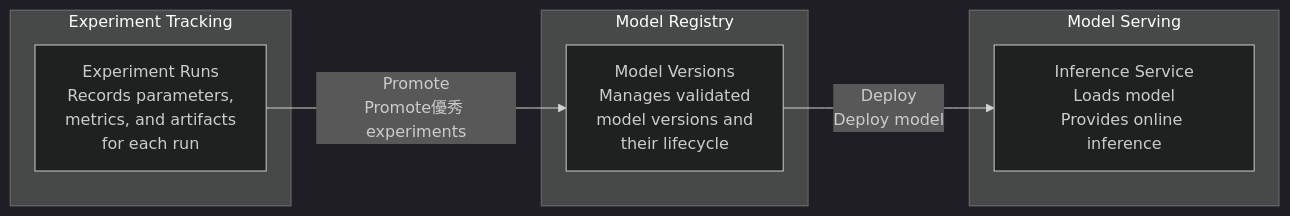
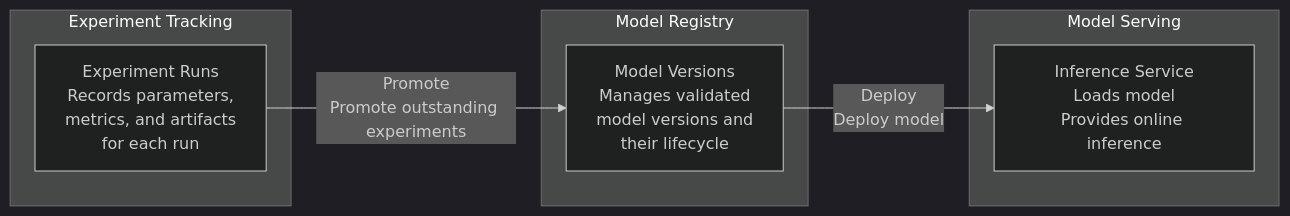
One commit to fenixsoft/dmla changed the first of 3 diagrams in docs/en/ai-infra-engineering/mlops/model-lifecycle.md. Above: the diagram before and after it, drawn with Mermaid (dark theme). The commit also changed other lines of this file and 2 other files, not shown here.

Commit message:
feat: 翻译 mlops: data-versioning, model-lifecycle, hyperparameter-optimization, model-performance-monitoring

````diff
--- a/docs/en/ai-infra-engineering/mlops/model-lifecycle.md
+++ b/docs/en/ai-infra-engineering/mlops/model-lifecycle.md
@@ -23,14 +23,14 @@
 ```mermaid compact
 graph LR
     subgraph Experiment Tracking
         A[Experiment Runs<br/>Records parameters,<br/>metrics, and artifacts<br/>for each run]
     end
     subgraph Model Registry
         B[Model Versions<br/>Manages validated<br/>model versions and<br/>their lifecycle]
     end
     subgraph Model Serving
         C[Inference Service<br/>Loads model<br/>Provides online inference]
     end
-    A -->|Promote<br/>Promote優秀 experiments| B
+    A -->|Promote<br/>Promote outstanding experiments| B
     B -->|Deploy<br/>Deploy model| C
 ```
````
